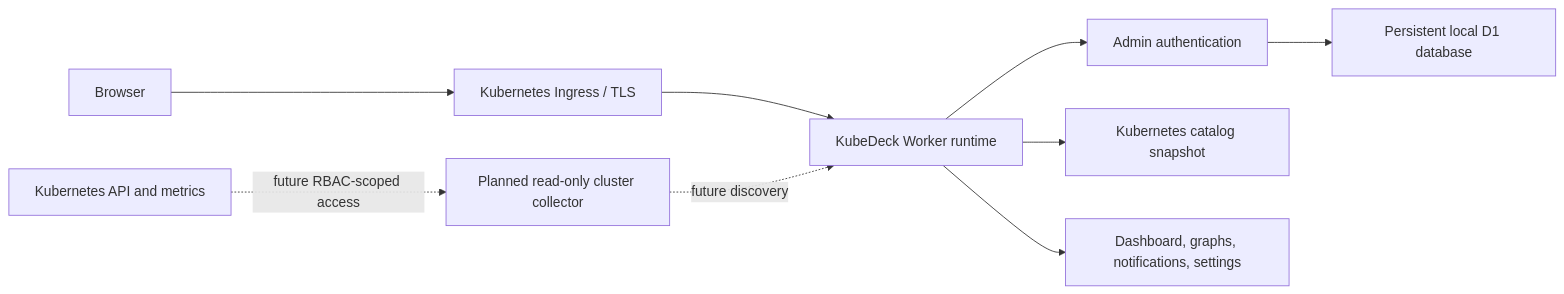
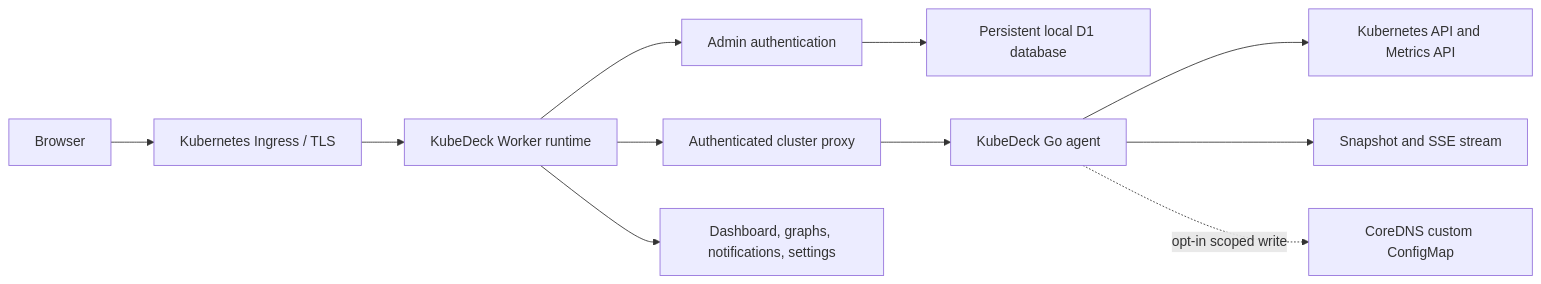
Before and after one commit to amirtaherkhani/kubedeck: the diagram in README.md, drawn with Mermaid. The commit also changed other lines of this file and 52 other files, not shown here.

Commit message:
feat: add Kubernetes agent and CoreDNS management

````diff
--- a/README.md
+++ b/README.md
@@ -101,11 +105,13 @@
 ```mermaid
 flowchart LR
     Browser["Browser"] --> Ingress["Kubernetes Ingress / TLS"]
     Ingress --> App["KubeDeck Worker runtime"]
     App --> Auth["Admin authentication"]
     Auth --> D1["Persistent local D1 database"]
-    App --> Catalog["Kubernetes catalog snapshot"]
+    App --> Proxy["Authenticated cluster proxy"]
     App --> UI["Dashboard, graphs, notifications, settings"]
-    Collector["Planned read-only cluster collector"] -. "future discovery" .-> App
-    Kubernetes["Kubernetes API and metrics"] -. "future RBAC-scoped access" .-> Collector
+    Proxy --> Agent["KubeDeck Go agent"]
+    Agent --> Kubernetes["Kubernetes API and Metrics API"]
+    Agent --> SSE["Snapshot and SSE stream"]
+    Agent -. "opt-in scoped write" .-> CoreDNS["CoreDNS custom ConfigMap"]
 ```
````
